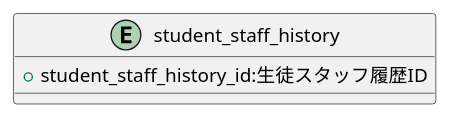
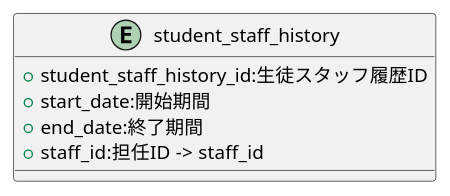
Before and after one commit to popoposorara/ERP_ER: the diagram in Entity/student_staff_history.pu, drawn with PlantUML. The commit also changed 7 other files, not shown here.

```diff
--- a/Entity/student_staff_history.pu
+++ b/Entity/student_staff_history.pu
@@ -1,7 +1,11 @@
 @startuml
 
 entity "student_staff_history"{
     + student_staff_history_id:生徒スタッフ履歴ID
+    + start_date:開始期間
+    + end_date:終了期間
+    + staff_id:担任ID  -> staff_id
+
 }
 
 @enduml
```
